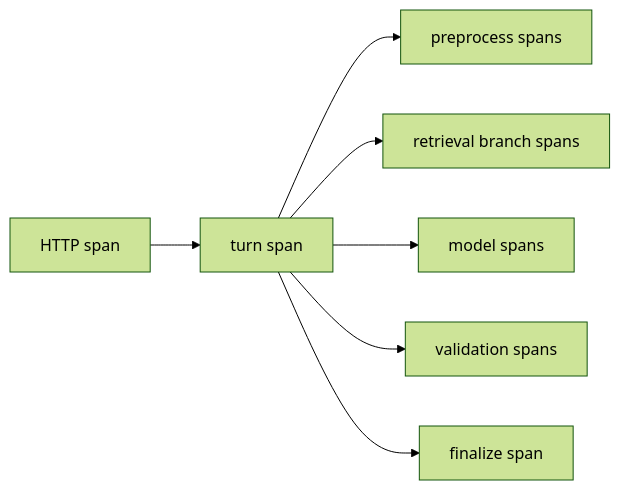
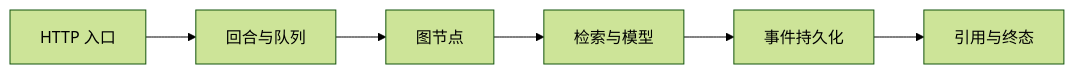
The diagram in docs/agent-practice/17-observability-governance.md (upJiang/jiang-blog-vitepress), drawn with Mermaid (forest theme) before and after one commit. The commit also changed other lines of this file and 164 other files, not shown here.

````diff
--- a/docs/agent-practice/17-observability-governance.md
+++ b/docs/agent-practice/17-observability-governance.md
@@ -17,9 +21,8 @@
 ```mermaid
 flowchart LR
-  H[HTTP span] --> T[turn span]
-  T --> P[preprocess spans]
-  T --> R[retrieval branch spans]
-  T --> M[model spans]
-  T --> V[validation spans]
-  T --> F[finalize span]
+  A[HTTP 入口] --> B[回合与队列]
+  B --> C[图节点]
+  C --> D[检索与模型]
+  D --> E[事件持久化]
+  E --> F[引用与终态]
 ```
````
